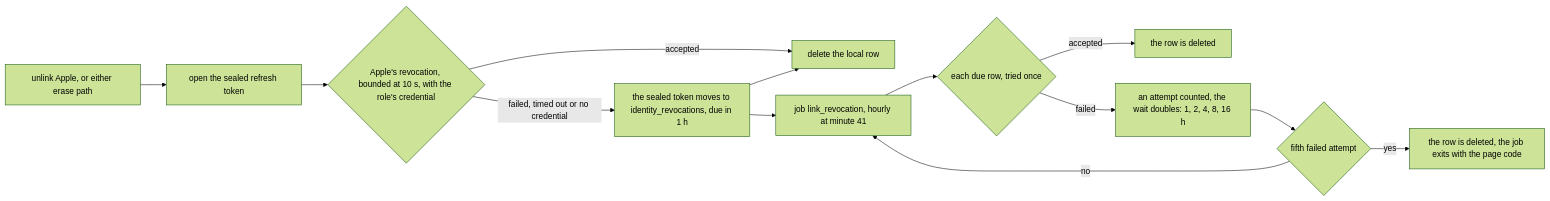
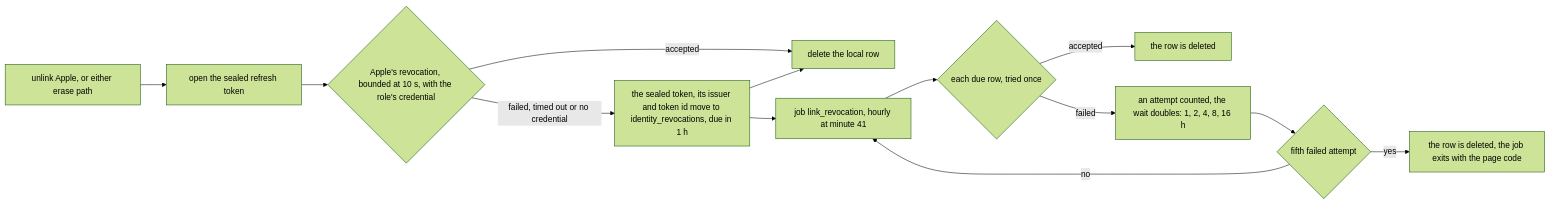
The fifth of 5 diagrams in docs/schematics/w7-sign-in-and-linking.md (RexRenatus/deck-streak), drawn with Mermaid (forest theme) before and after one commit. The commit also changed 2 other files, not shown here.

Commit message:
docs(plan): a queued revocation opens with its issuer and token id

````diff
--- a/docs/schematics/w7-sign-in-and-linking.md
+++ b/docs/schematics/w7-sign-in-and-linking.md
@@ -117,15 +117,15 @@
 ```mermaid
 flowchart LR
   req["unlink Apple, or either erase path"] --> open["open the sealed refresh token"]
   open --> rev{"Apple's revocation, bounded at 10 s, with the role's credential"}
   rev -->|accepted| del["delete the local row"]
-  rev -->|failed, timed out or no credential| q["the sealed token moves to identity_revocations, due in 1 h"]
+  rev -->|failed, timed out or no credential| q["the sealed token, its issuer and token id move to identity_revocations, due in 1 h"]
   q --> del
   q --> job["job link_revocation, hourly at minute 41"]
   job --> try{"each due row, tried once"}
   try -->|accepted| gone["the row is deleted"]
   try -->|failed| wait["an attempt counted, the wait doubles: 1, 2, 4, 8, 16 h"]
   wait --> fifth{"fifth failed attempt"}
   fifth -->|yes| page["the row is deleted, the job exits with the page code"]
   fifth -->|no| job
 ```
````
